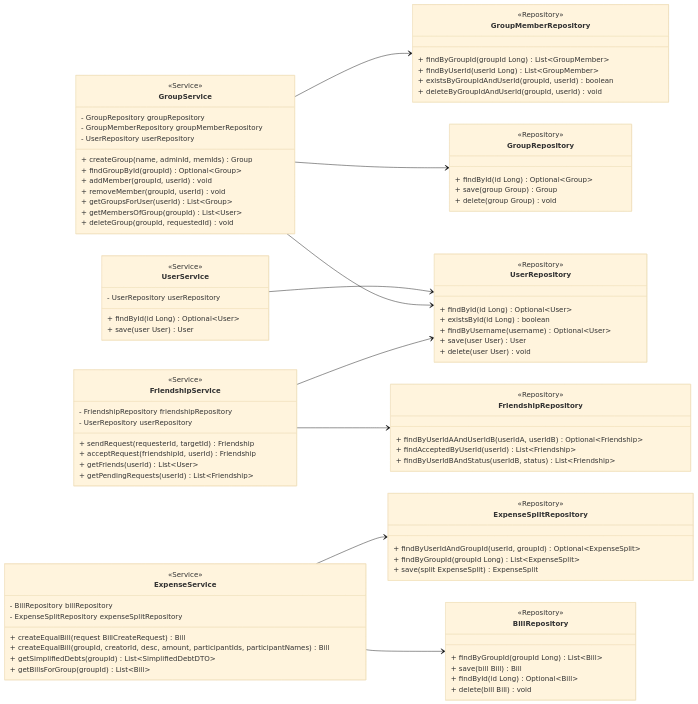
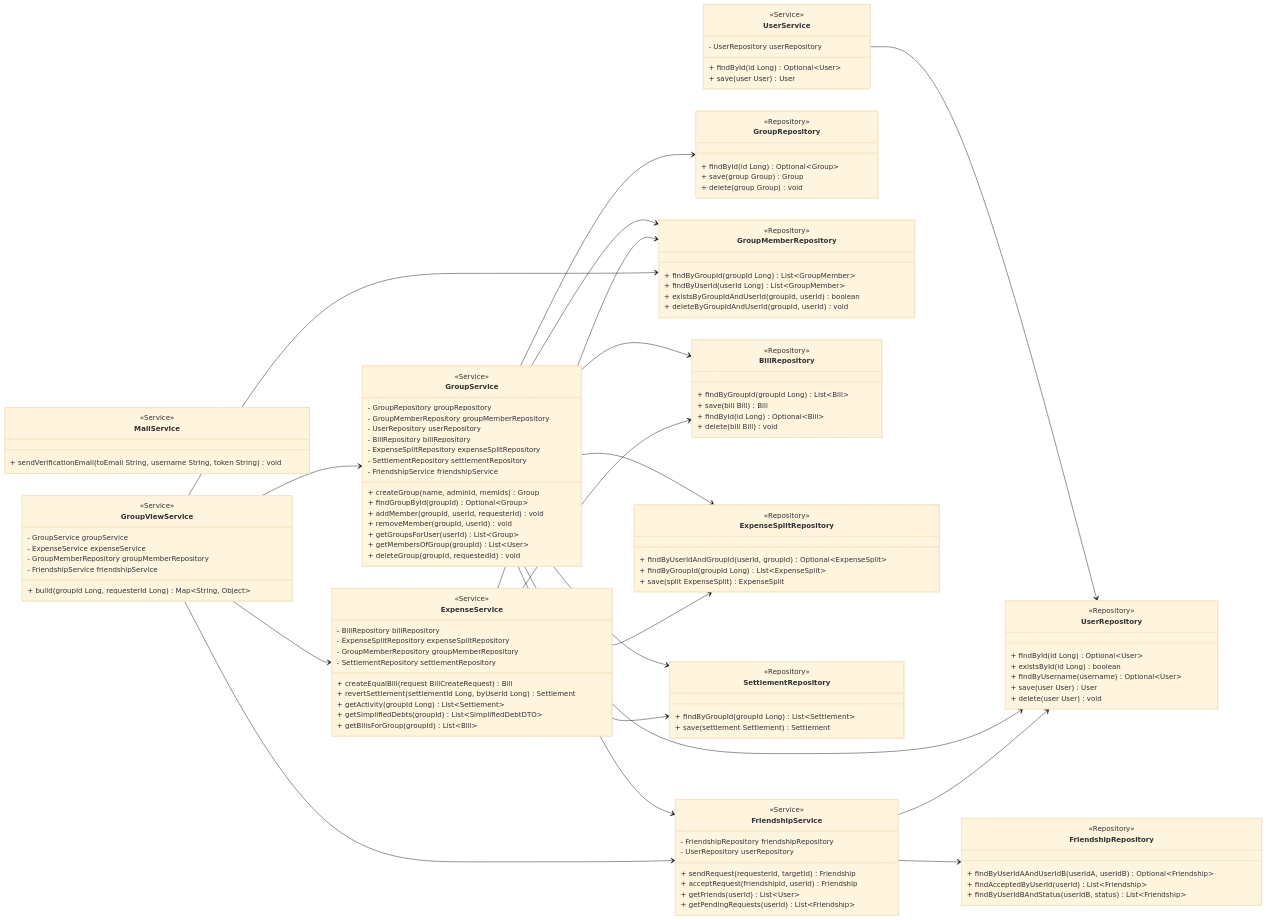
One commit to emberfox205/teilr changed the third of 5 diagrams in CLASSDIAGRAM.md. Above: the diagram before and after it, drawn with Mermaid (base theme). The commit also changed other lines of this file, not shown here.

Commit message:
modif: ClassDiagram

````diff
--- a/CLASSDIAGRAM.md
+++ b/CLASSDIAGRAM.md
@@ -141,15 +183,24 @@
         + findById(id Long) Optional~User~
         + save(user User) User
     }
+    
+    class MailService {
+        <<Service>>
+        + sendVerificationEmail(toEmail String, username String, token String) void
+    }
 
     class GroupService {
         <<Service>>
         - GroupRepository groupRepository
         - GroupMemberRepository groupMemberRepository
         - UserRepository userRepository
+        - BillRepository billRepository
+        - ExpenseSplitRepository expenseSplitRepository
+        - SettlementRepository settlementRepository
+        - FriendshipService friendshipService
         + createGroup(name, adminId, memIds) Group
         + findGroupById(groupId) Optional~Group~
-        + addMember(groupId, userId) void
+        + addMember(groupId, userId, requesterId) void
         + removeMember(groupId, userId) void
         + getGroupsForUser(userId) List~Group~
         + getMembersOfGroup(groupId) List~User~
@@ -160,10 +211,22 @@
         <<Service>>
         - BillRepository billRepository
         - ExpenseSplitRepository expenseSplitRepository
+        - GroupMemberRepository groupMemberRepository
+        - SettlementRepository settlementRepository
         + createEqualBill(request BillCreateRequest) Bill
-        + createEqualBill(groupId, creatorId, desc, amount, participantIds, participantNames) Bill
+        + revertSettlement(settlementId Long, byUserId Long) Settlement
+        + getActivity(groupId Long) List~Settlement~
         + getSimplifiedDebts(groupId) List~SimplifiedDebtDTO~
         + getBillsForGroup(groupId) List~Bill~
+    }
+    
+    class GroupViewService {
+        <<Service>>
+        - GroupService groupService
+        - ExpenseService expenseService
+        - GroupMemberRepository groupMemberRepository
+        - FriendshipService friendshipService
+        + build(groupId Long, requesterId Long) Map~String, Object~
     }
 
     class UserRepository {
@@ -204,6 +267,12 @@
         + findByGroupId(groupId Long) List~ExpenseSplit~
         + save(split ExpenseSplit) ExpenseSplit
     }
+    
+    class SettlementRepository {
+        <<Repository>>
+        + findByGroupId(groupId Long) List~Settlement~
+        + save(settlement Settlement) Settlement
+    }
 
     class FriendshipService {
         <<Service>>
@@ -226,8 +295,18 @@
     GroupService --> GroupRepository
     GroupService --> GroupMemberRepository
     GroupService --> UserRepository
+    GroupService --> BillRepository
+    GroupService --> ExpenseSplitRepository
+    GroupService --> SettlementRepository
+    GroupService --> FriendshipService
     ExpenseService --> BillRepository
     ExpenseService --> ExpenseSplitRepository
+    ExpenseService --> GroupMemberRepository
+    ExpenseService --> SettlementRepository
     FriendshipService --> FriendshipRepository
     FriendshipService --> UserRepository
+    GroupViewService --> GroupService
+    GroupViewService --> ExpenseService
+    GroupViewService --> GroupMemberRepository
+    GroupViewService --> FriendshipService
 ```
````
